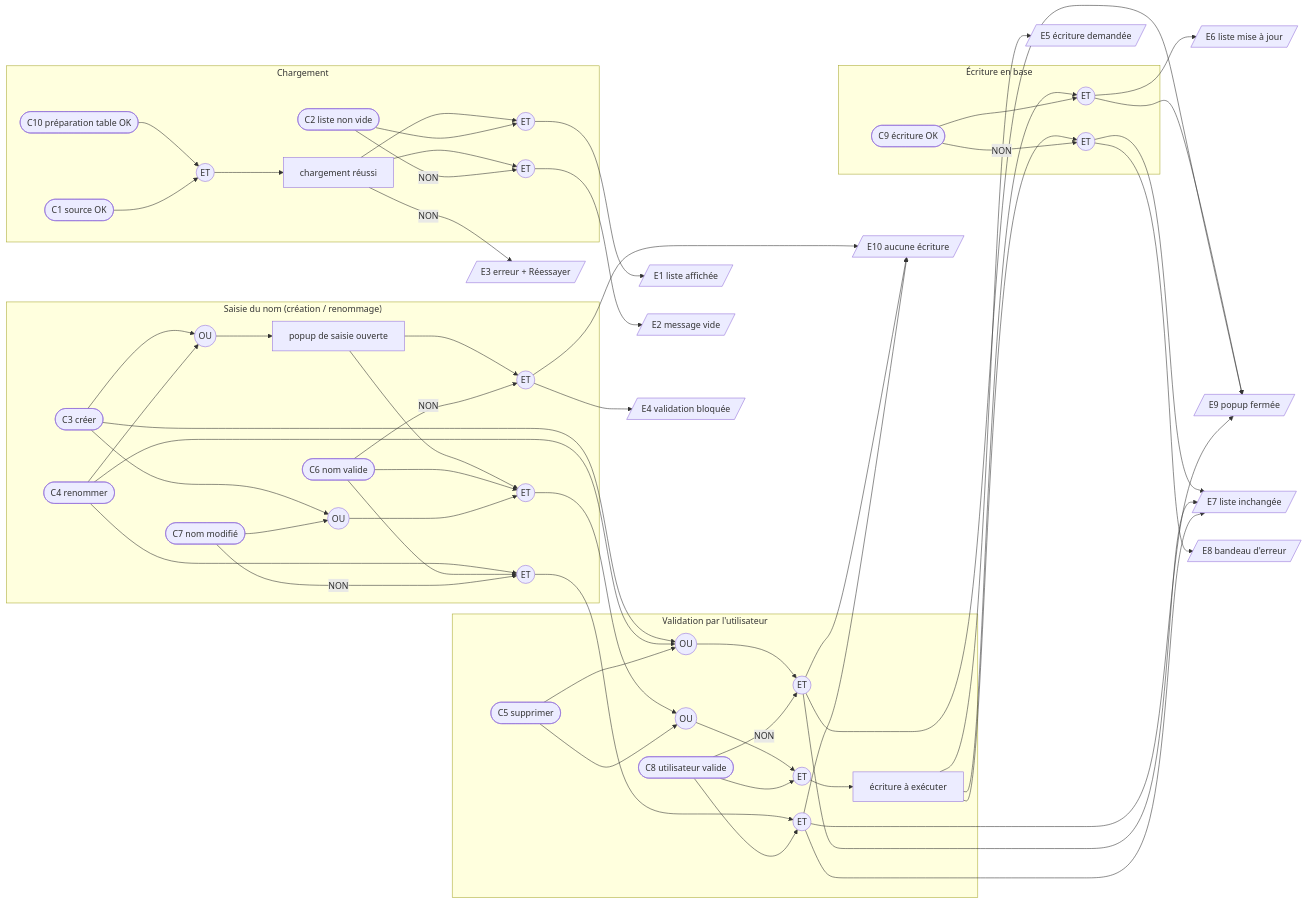
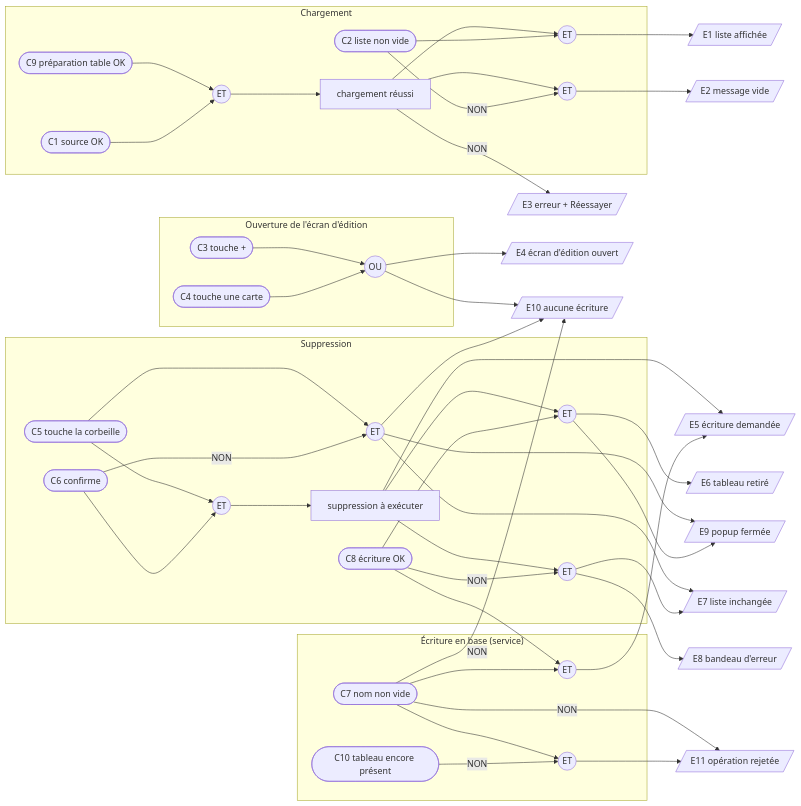
Before and after one commit to borismerminod/family-notes: the diagram in .agent/KANBAN/CRUD/PLAN_TESTS_KANBAN_CRUD.md, drawn with Mermaid. The commit also changed other lines of this file and 6 other files, not shown here.

````diff
--- a/.agent/KANBAN/CRUD/PLAN_TESTS_KANBAN_CRUD.md
+++ b/.agent/KANBAN/CRUD/PLAN_TESTS_KANBAN_CRUD.md
@@ -65,7 +75,7 @@
 flowchart LR
     %% ---------- Chargement ----------
     subgraph CH["Chargement"]
-        C10([C10 préparation table OK])
+        C9([C9 préparation table OK])
         C1([C1 source OK])
         C2([C2 liste non vide])
         L1((ET))
@@ -73,7 +83,7 @@
         L2((ET))
         L3((ET))
     end
-    C10 --> L1
+    C9 --> L1
     C1 --> L1
     L1 --> M1
     M1 --> L2
@@ -84,78 +94,59 @@
     L3 --> E2[/E2 message vide/]
     M1 -- NON --> E3[/E3 erreur + Réessayer/]
 
-    %% ---------- Saisie du nom ----------
-    subgraph SN["Saisie du nom (création / renommage)"]
-        C3([C3 créer])
-        C4([C4 renommer])
-        C6([C6 nom valide])
-        C7([C7 nom modifié])
+    %% ---------- Ouverture de l'écran d'édition ----------
+    subgraph ED["Ouverture de l'écran d'édition"]
+        C3([C3 touche +])
+        C4([C4 touche une carte])
         O1((OU))
-        M2[popup de saisie ouverte]
-        S1((ET))
-        O2((OU))
-        S2((ET))
-        S3((ET))
     end
     C3 --> O1
     C4 --> O1
-    O1 --> M2
-    M2 --> S1
-    C6 -- NON --> S1
-    S1 --> E4[/E4 validation bloquée/]
-    C3 --> O2
-    C7 --> O2
-    M2 --> S2
-    C6 --> S2
-    O2 --> S2
-    C4 --> S3
-    C6 --> S3
-    C7 -- NON --> S3
+    O1 --> E4[/E4 écran d'édition ouvert/]
+    O1 --> E10[/E10 aucune écriture/]
 
-    %% ---------- Confirmation ----------
-    subgraph CF["Validation par l'utilisateur"]
-        C5([C5 supprimer])
-        C8([C8 utilisateur valide])
-        O3((OU))
+    %% ---------- Suppression ----------
+    subgraph SUP["Suppression"]
+        C5([C5 touche la corbeille])
+        C6([C6 confirme])
+        C8([C8 écriture OK])
         V1((ET))
         V2((ET))
-        O4((OU))
-        V3((ET))
-        M3[écriture à exécuter]
-    end
-    S2 --> O3
-    C5 --> O3
-    O3 --> V1
-    C8 --> V1
-    V1 --> M3
-    C3 --> O4
-    C4 --> O4
-    C5 --> O4
-    O4 --> V2
-    C8 -- NON --> V2
-    S3 --> V3
-    C8 --> V3
-
-    %% ---------- Service ----------
-    subgraph SV["Écriture en base"]
-        C9([C9 écriture OK])
         W1((ET))
         W2((ET))
+        M3[suppression à exécuter]
     end
+    C5 --> V1
+    C6 --> V1
+    V1 --> M3
+    C5 --> V2
+    C6 -- NON --> V2
+    V2 --> E7[/E7 liste inchangée/]
+    V2 --> E9[/E9 popup fermée/]
+    V2 --> E10
     M3 --> E5[/E5 écriture demandée/]
     M3 --> W1
-    C9 --> W1
+    C8 --> W1
     M3 --> W2
-    C9 -- NON --> W2
-    W1 --> E6[/E6 liste mise à jour/]
-    W1 --> E9[/E9 popup fermée/]
-    W2 --> E7[/E7 liste inchangée/]
+    C8 -- NON --> W2
+    W1 --> E6[/E6 tableau retiré/]
+    W1 --> E9
+    W2 --> E7
     W2 --> E8[/E8 bandeau d'erreur/]
-    V2 --> E7
-    V2 --> E9
-    V2 --> E10[/E10 aucune écriture/]
-    V3 --> E7
-    V3 --> E9
-    V3 --> E10
-    S1 --> E10
+
+    %% ---------- Écriture en base (service) ----------
+    subgraph SV["Écriture en base (service)"]
+        C7([C7 nom non vide])
+        C10([C10 tableau encore présent])
+        S1((ET))
+        S2((ET))
+    end
+    C7 -- NON --> E10
+    C7 -- NON --> E11[/E11 opération rejetée/]
+    C7 --> S1
+    C8 --> S1
+    S1 --> E5
+    C7 --> S2
+    C10 -- NON --> S2
+    S2 --> E11
 ```
````
